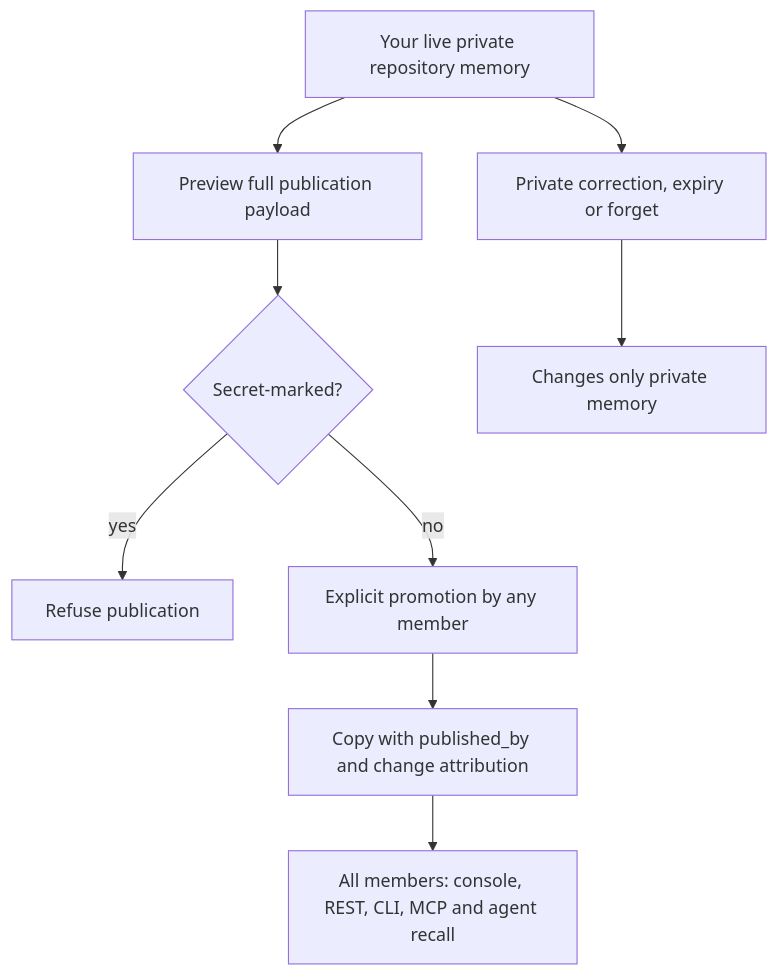
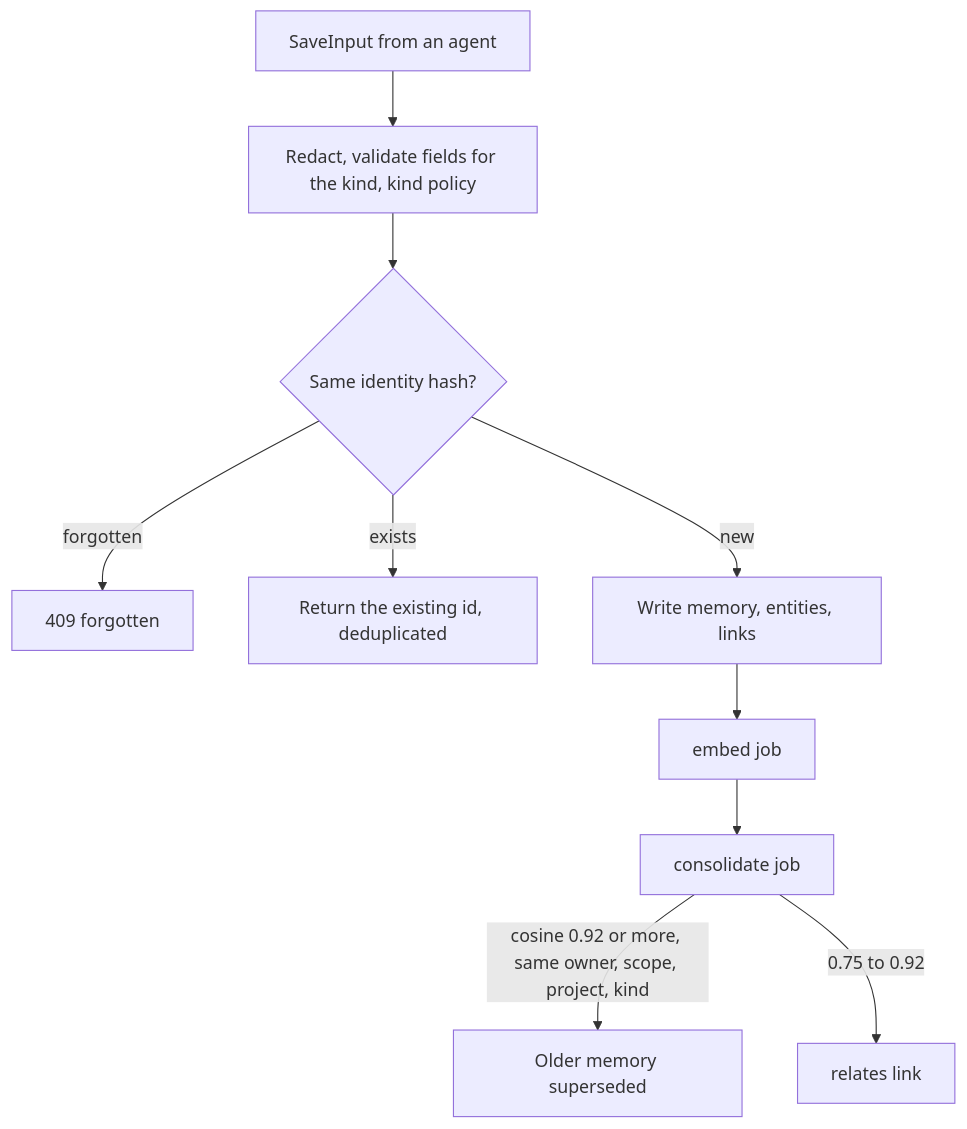
One commit to cunilab/cairn-memory changed the third of 4 diagrams in docs/data-flow.md. Above: the diagram before and after it, drawn with Mermaid. The commit also changed other lines of this file and 139 other files, not shown here.

````diff
--- a/docs/data-flow.md
+++ b/docs/data-flow.md
@@ -100,11 +53,12 @@
 ```mermaid
 flowchart TD
-    Source[Your live private repository memory] --> Preview[Preview full publication payload]
-    Preview --> Secret{Secret-marked?}
-    Secret -->|yes| Refuse[Refuse publication]
-    Secret -->|no| Publish[Explicit promotion by any member]
-    Publish --> Decision[Copy with published_by and change attribution]
-    Decision --> Everyone[All members: console, REST, CLI, MCP and agent recall]
-    Source --> Later[Private correction, expiry or forget]
-    Later --> PrivateOnly[Changes only private memory]
+    Input[SaveInput from an agent] --> Prep[Redact, validate fields for the kind, kind policy]
+    Prep --> Dup{Same identity hash?}
+    Dup -->|forgotten| Reject[409 forgotten]
+    Dup -->|exists| Same[Return the existing id, deduplicated]
+    Dup -->|new| Write[Write memory, entities, links]
+    Write --> Embed[embed job]
+    Embed --> Consolidate[consolidate job]
+    Consolidate -->|cosine 0.92 or more, same owner, scope, project, kind| Super[Older memory superseded]
+    Consolidate -->|0.75 to 0.92| Relates[relates link]
 ```
````
